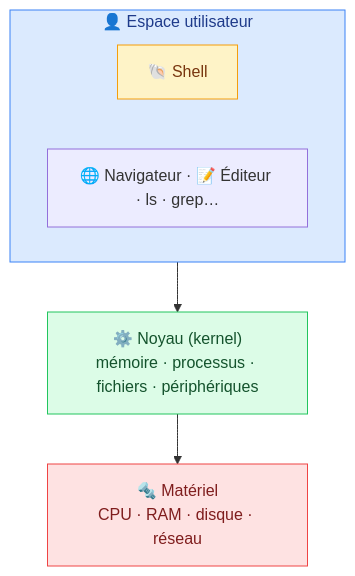
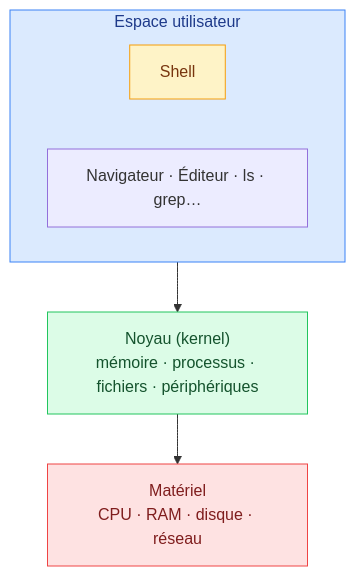
The third of 5 diagrams in methodologie-securite-it/linux/01-introduction.md (GoobyWoobies/HEIA-IT), drawn with Mermaid before and after one commit. The commit also changed other lines of this file and 24 other files, not shown here.

````diff
--- a/methodologie-securite-it/linux/01-introduction.md
+++ b/methodologie-securite-it/linux/01-introduction.md
@@ -148,16 +148,16 @@
 ```mermaid
 flowchart TB
-    subgraph US["👤 Espace utilisateur"]
+    subgraph US["Espace utilisateur"]
         direction LR
-        SH["🐚 Shell"]
-        APP["🌐 Navigateur · 📝 Éditeur · ls · grep…"]
+        SH["Shell"]
+        APP["Navigateur · Éditeur · ls · grep…"]
     end
-    K["⚙️ Noyau (kernel)<br/>mémoire · processus · fichiers · périphériques"]
-    HW["🔩 Matériel<br/>CPU · RAM · disque · réseau"]
+    K["Noyau (kernel)<br/>mémoire · processus · fichiers · périphériques"]
+    HW["Matériel<br/>CPU · RAM · disque · réseau"]
     US --> K --> HW
 
     style US fill:#dbeafe,stroke:#3b82f6,color:#1e3a8a
     style SH fill:#fef3c7,stroke:#f59e0b,color:#78350f
     style K fill:#dcfce7,stroke:#22c55e,color:#14532d
     style HW fill:#fee2e2,stroke:#ef4444,color:#7f1d1d
 ```
````
